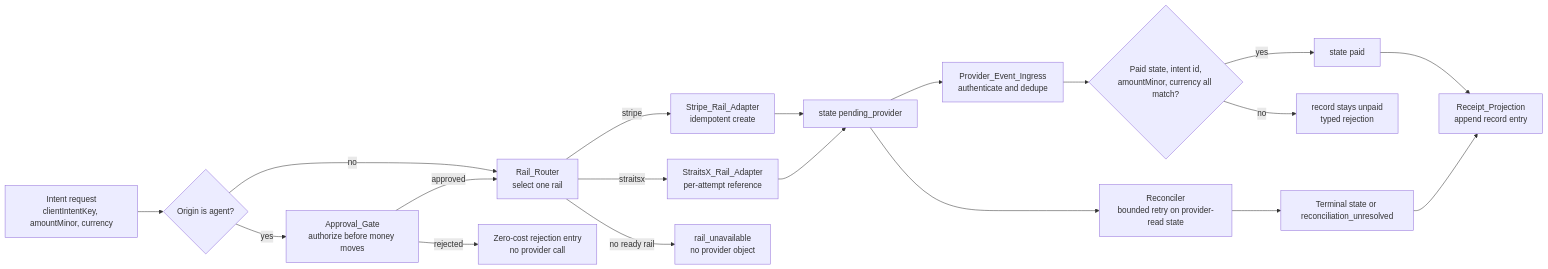
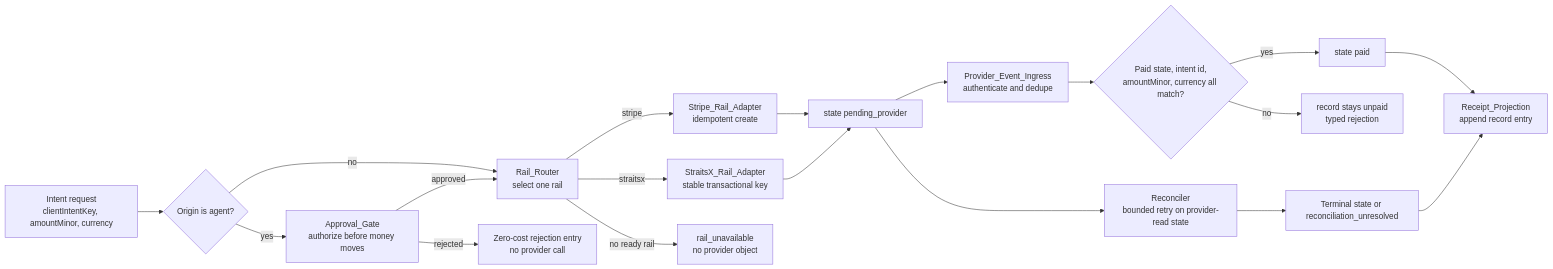
Before and after one commit to huijoohwee/agentic-graph: the seventh of 9 diagrams in docs/documents/knowgrph-payments-prd-tad.md, drawn with Mermaid. The commit also changed other lines of this file and 97 other files, not shown here.

````diff
--- a/docs/documents/knowgrph-payments-prd-tad.md
+++ b/docs/documents/knowgrph-payments-prd-tad.md
@@ -1256,21 +2252,21 @@
 ```mermaid
 flowchart LR
   Intent["Intent request<br/>clientIntentKey, amountMinor, currency"] --> Gate{"Origin is agent?"}
   Gate -- "yes" --> Approve["Approval_Gate<br/>authorize before money moves"]
   Gate -- "no" --> Router["Rail_Router<br/>select one rail"]
   Approve -- "approved" --> Router
   Approve -- "rejected" --> RejLog["Zero-cost rejection entry<br/>no provider call"]
   Router -- "stripe" --> SA["Stripe_Rail_Adapter<br/>idempotent create"]
-  Router -- "straitsx" --> XA["StraitsX_Rail_Adapter<br/>per-attempt reference"]
+  Router -- "straitsx" --> XA["StraitsX_Rail_Adapter<br/>stable transactional key"]
   Router -- "no ready rail" --> Unavail["rail_unavailable<br/>no provider object"]
   SA --> Pend["state pending_provider"]
   XA --> Pend
   Pend --> Ingress["Provider_Event_Ingress<br/>authenticate and dedupe"]
   Ingress --> Match{"Paid state, intent id,<br/>amountMinor, currency all match?"}
   Match -- "yes" --> Paid["state paid"]
   Match -- "no" --> Unpaid["record stays unpaid<br/>typed rejection"]
   Pend --> Recon["Reconciler<br/>bounded retry on provider-read state"]
   Recon --> Terminal["Terminal state or reconciliation_unresolved"]
   Paid --> Doc["Receipt_Projection<br/>append record entry"]
   Terminal --> Doc
 ```
````
